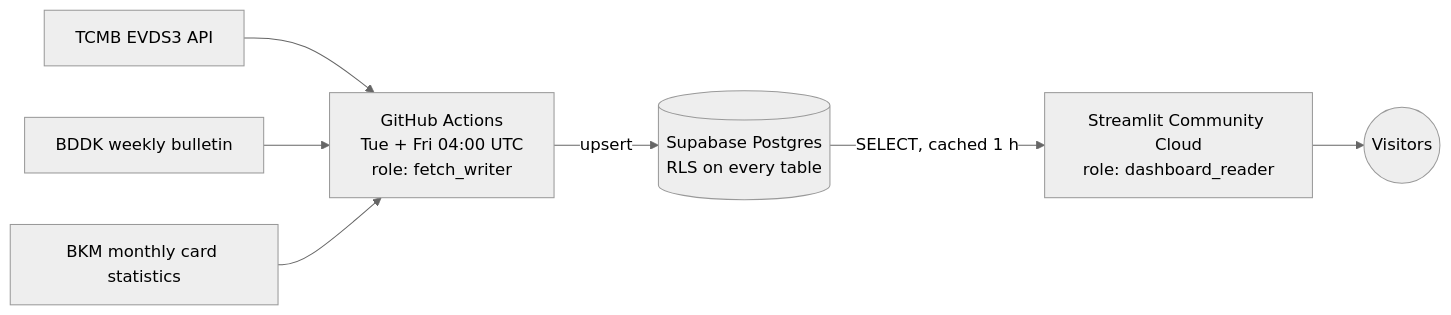
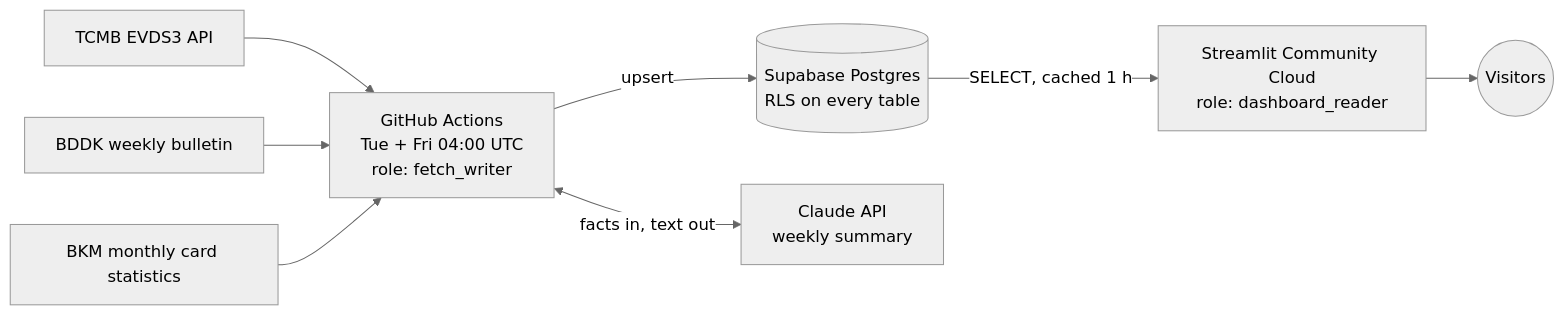
Before and after one commit to EnesAltuNN/tr-banking-dashboard: the diagram in README.md, drawn with Mermaid (neutral theme). The commit also changed other lines of this file and 25 other files, not shown here.

First line of the commit message:
Add the weekly AI summary: facts from Python, text from Claude

````diff
--- a/README.md
+++ b/README.md
@@ -63,9 +66,10 @@
 ```mermaid
 flowchart LR
     EVDS["TCMB EVDS3 API"] --> GHA
     BDDK["BDDK weekly bulletin"] --> GHA
     BKM["BKM monthly card statistics"] --> GHA
     GHA["GitHub Actions<br/>Tue + Fri 04:00 UTC<br/>role: fetch_writer"] -->|"upsert"| DB[("Supabase Postgres<br/>RLS on every table")]
+    GHA <-->|"facts in, text out"| CLAUDE["Claude API<br/>weekly summary"]
     DB -->|"SELECT, cached 1 h"| APP["Streamlit Community Cloud<br/>role: dashboard_reader"]
     APP --> USERS(("Visitors"))
 ```
````
